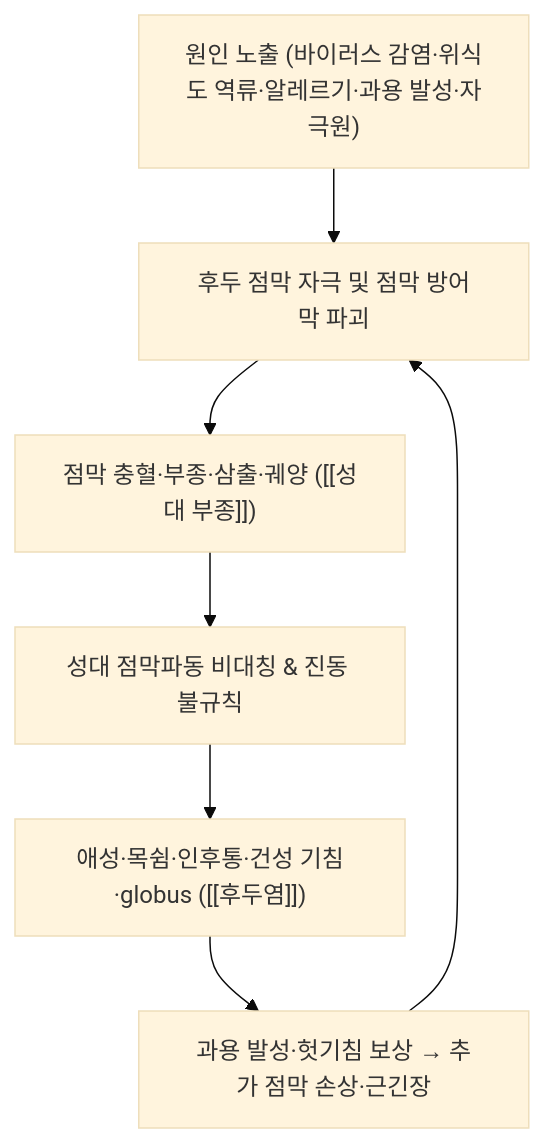
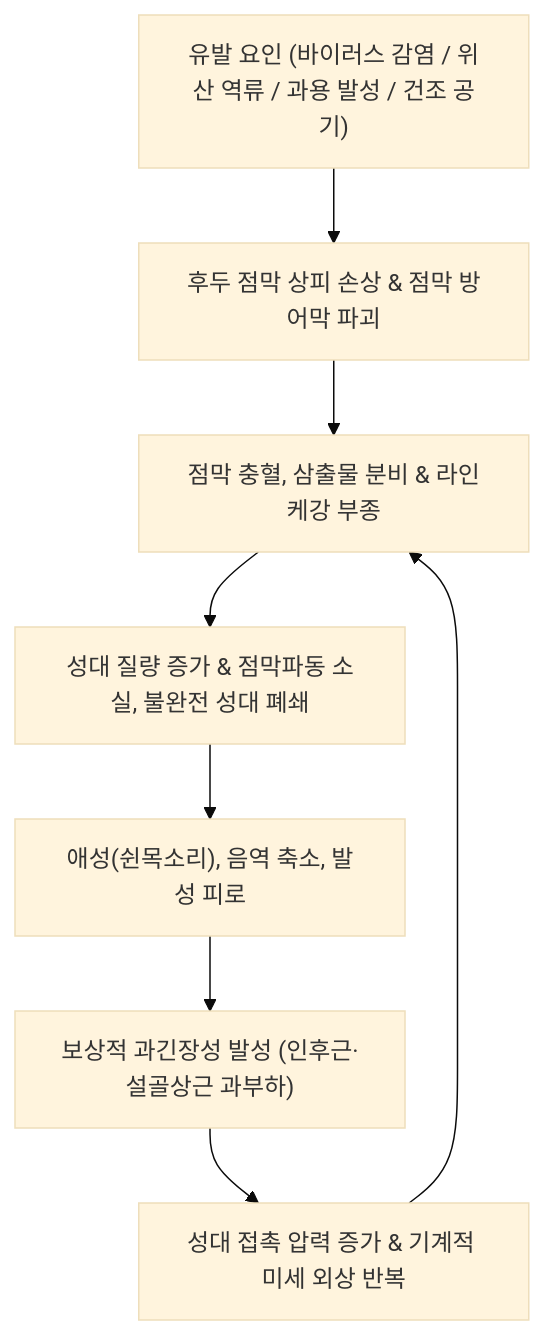
One commit to simbio11/simbio-digital-garden2 changed the diagram in content/3. 이론 공부/질환/호흡기 질환/상기도/후두염.md. Above: the diagram before and after it, drawn with Mermaid (base theme). The commit also changed other lines of this file and 86 other files, not shown here.

````diff
--- a/content/3. 이론 공부/질환/호흡기 질환/상기도/후두염.md
+++ b/content/3. 이론 공부/질환/호흡기 질환/상기도/후두염.md
@@ -66,9 +68,11 @@
 ```mermaid
-graph TD
-    Cause["원인 노출 (바이러스 감염·위식도 역류·알레르기·과용 발성·자극원)"] --> Mucosa["후두 점막 자극 및 점막 방어막 파괴"]
-    Mucosa --> Edema["점막 충혈·부종·삼출·궤양 ([[성대 부종]])"]
-    Edema --> Vibration["성대 점막파동 비대칭 & 진동 불규칙"]
-    Vibration --> Symptom["애성·목쉼·인후통·건성 기침·globus ([[후두염]])"]
-    Symptom --> Comp["과용 발성·헛기침 보상 → 추가 점막 손상·근긴장"]
-    Comp --> Mucosa
+flowchart TD
+    Trigger["유발 요인 (바이러스 감염 / 위산 역류 / 과용 발성 / 건조 공기)"] --> MucosalDamage["후두 점막 상피 손상 & 점막 방어막 파괴"]
+    MucosalDamage --> Inflammation["점막 충혈, 삼출물 분비 & 라인케강 부종"]
+    Inflammation --> VibrationDefect["성대 질량 증가 & 점막파동 소실, 불완전 성대 폐쇄"]
+
+    VibrationDefect --> Dysphonia["애성(쉰목소리), 음역 축소, 발성 피로"]
+    Dysphonia --> MuscleTension["보상적 과긴장성 발성 (인후근·설골상근 과부하)"]
+    MuscleTension --> MucosalFriction["성대 접촉 압력 증가 & 기계적 미세 외상 반복"]
+    MucosalFriction --> Inflammation
 ```
````
